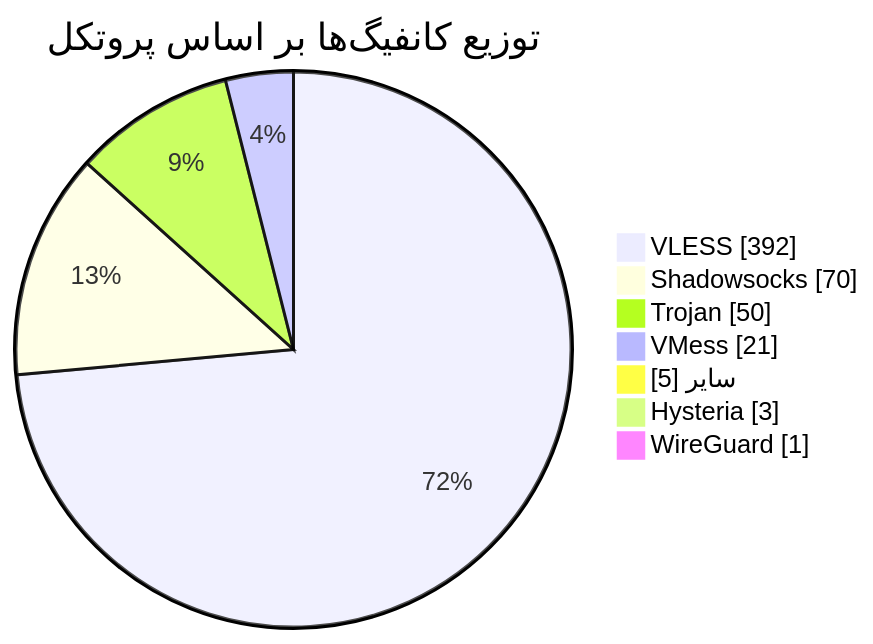
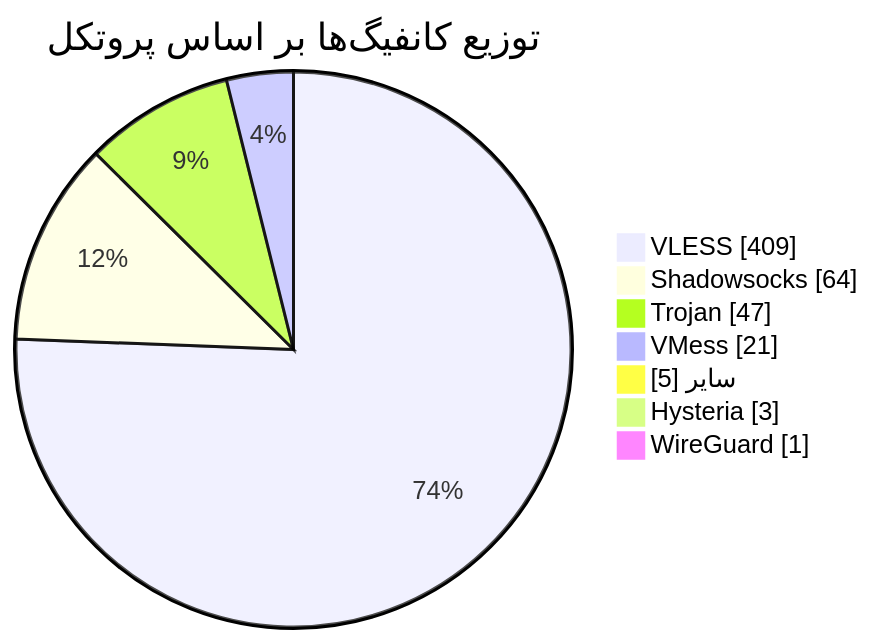
The diagram in README.md (Arian-Alijani/Somthing), drawn with Mermaid before and after one commit. The commit also changed other lines of this file and 71 other files, not shown here.

````diff
--- a/README.md
+++ b/README.md
@@ -49,11 +49,11 @@
 ```mermaid
 pie showData
     title توزیع کانفیگ‌ها بر اساس پروتکل
-    "VLESS" : 392
-    "Shadowsocks" : 70
-    "Trojan" : 50
+    "VLESS" : 409
+    "Shadowsocks" : 64
+    "Trojan" : 47
     "VMess" : 21
     "سایر" : 5
     "Hysteria" : 3
     "WireGuard" : 1
 ```
````
